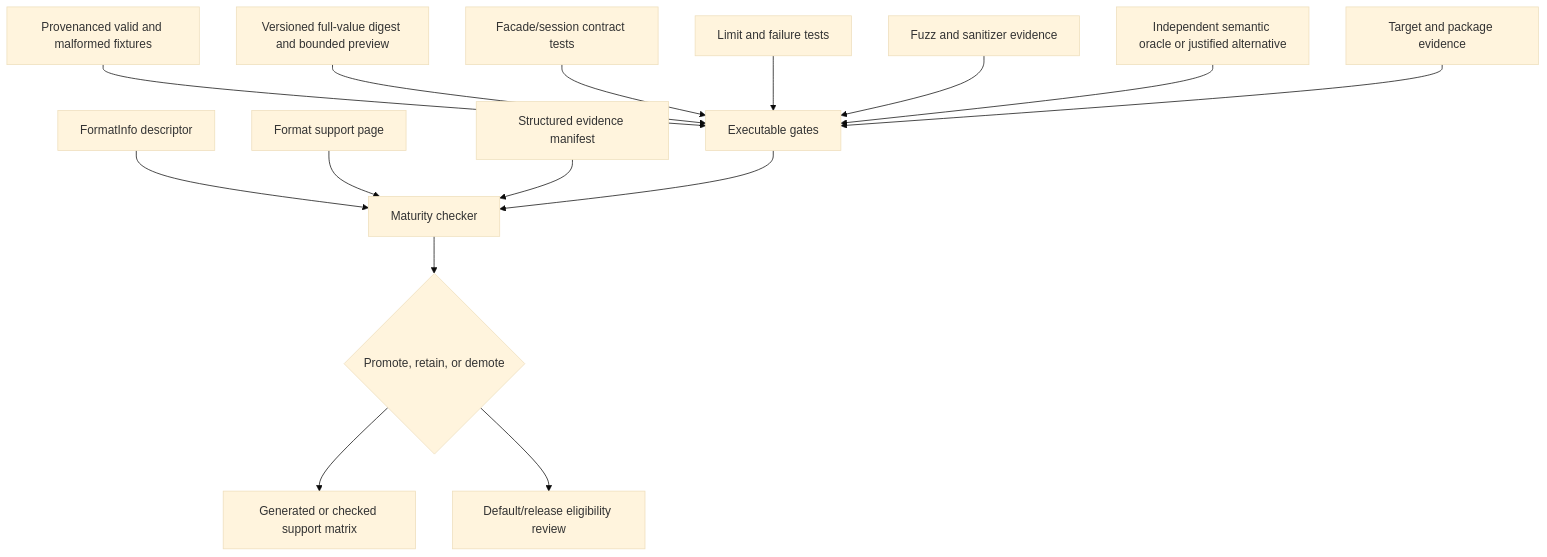
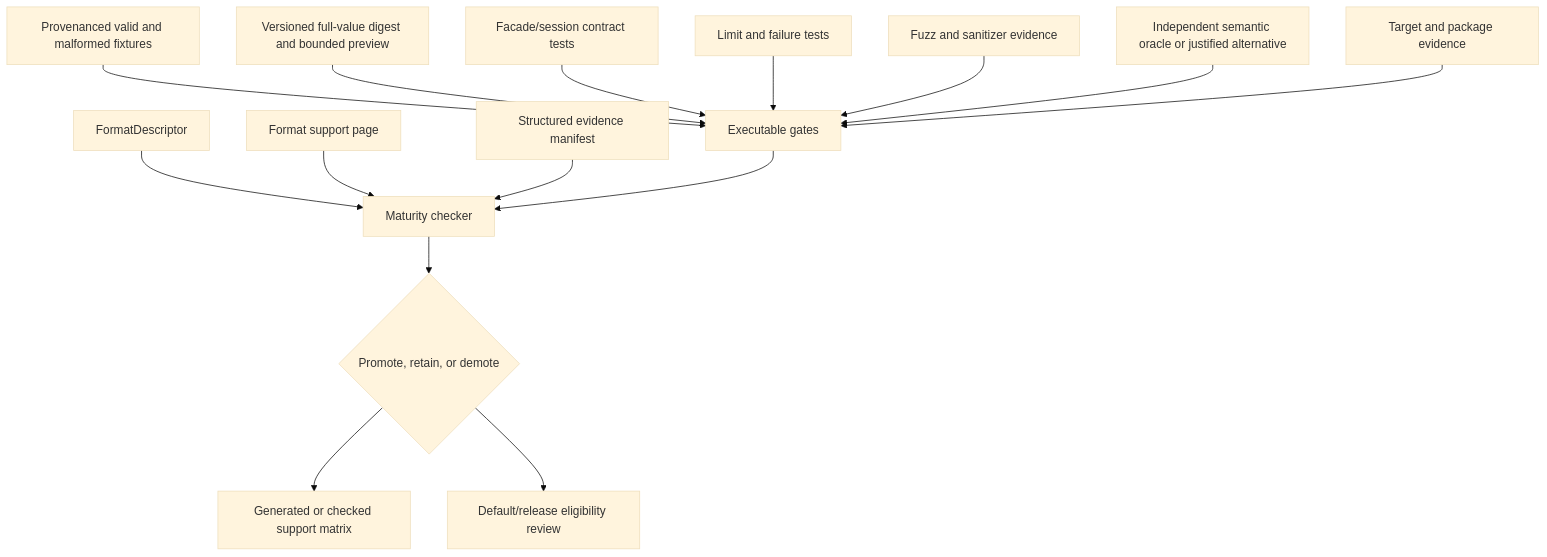
Before and after one commit to Latias94/baozi: the diagram in docs/adr/0011-format-support-tiers-and-compatibility-charter.md, drawn with Mermaid (base theme). The commit also changed other lines of this file and 23 other files, not shown here.

First line of the commit message:
docs(architecture): align import governance and evidence

````diff
--- a/docs/adr/0011-format-support-tiers-and-compatibility-charter.md
+++ b/docs/adr/0011-format-support-tiers-and-compatibility-charter.md
@@ -62,17 +62,17 @@
 ```mermaid
 flowchart TD
-    Descriptor[FormatInfo descriptor] --> Checker[Maturity checker]
+    Descriptor[FormatDescriptor] --> Checker[Maturity checker]
     Support[Format support page] --> Checker
     Structured[Structured evidence manifest] --> Checker
     Fixtures[Provenanced valid and malformed fixtures] --> Tests[Executable gates]
     Golden[Versioned full-value digest and bounded preview] --> Tests
     Facade[Facade/session contract tests] --> Tests
     Limits[Limit and failure tests] --> Tests
     Fuzz[Fuzz and sanitizer evidence] --> Tests
     Oracle[Independent semantic oracle or justified alternative] --> Tests
     Targets[Target and package evidence] --> Tests
     Tests --> Checker
     Checker --> Promotion{Promote, retain, or demote}
     Promotion --> Matrix[Generated or checked support matrix]
     Promotion --> Release[Default/release eligibility review]
 ```
````
